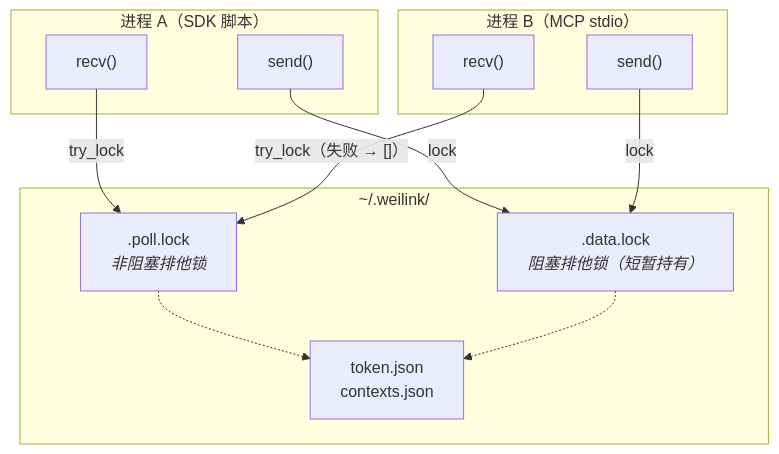
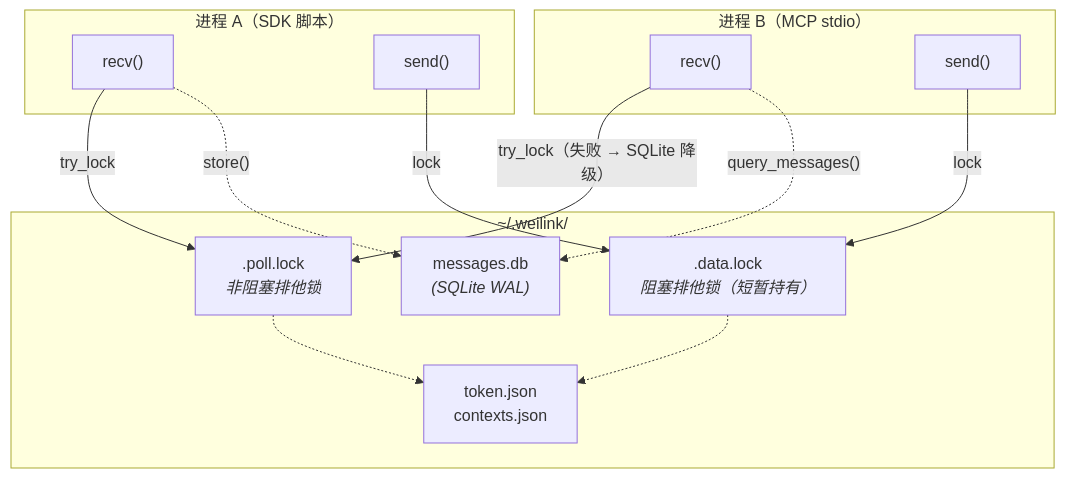
Before and after one commit to Oaklight/weilink: the fifth of 13 diagrams in docs/architecture.md, drawn with Mermaid. The commit also changed other lines of this file, not shown here.

Commit message:
Add SQLite persistence, Route C, and multi-client coordination docs

````diff
--- a/docs/architecture.md
+++ b/docs/architecture.md
@@ -130,25 +134,28 @@
 ```mermaid
 flowchart TD
     subgraph "进程 A（SDK 脚本）"
         A_recv["recv()"]
         A_send["send()"]
     end
 
     subgraph "进程 B（MCP stdio）"
         B_recv["recv()"]
         B_send["send()"]
     end
 
     subgraph "~/.weilink/"
         poll_lock[".poll.lock<br/><i>非阻塞排他锁</i>"]
         data_lock[".data.lock<br/><i>阻塞排他锁（短暂持有）</i>"]
         files["token.json<br/>contexts.json"]
+        db["messages.db<br/><i>(SQLite WAL)</i>"]
     end
 
     A_recv -->|"try_lock"| poll_lock
-    B_recv -->|"try_lock（失败 → []）"| poll_lock
+    B_recv -->|"try_lock（失败 → SQLite 降级）"| poll_lock
     A_send -->|"lock"| data_lock
     B_send -->|"lock"| data_lock
     poll_lock -.-> files
     data_lock -.-> files
+    A_recv -.->|"store()"| db
+    B_recv -.->|"query_messages()"| db
 ```
````
